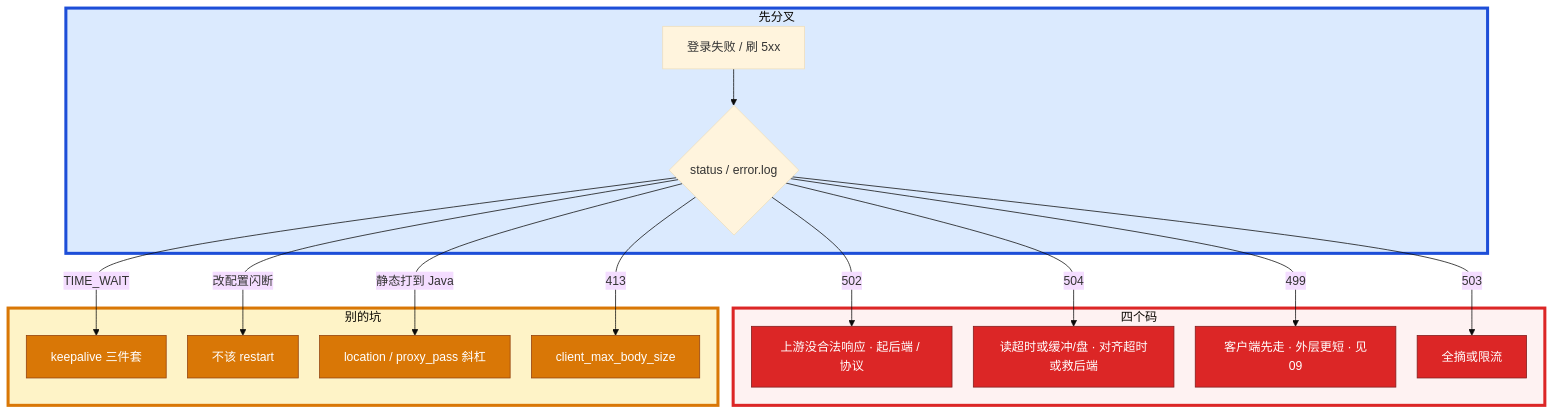
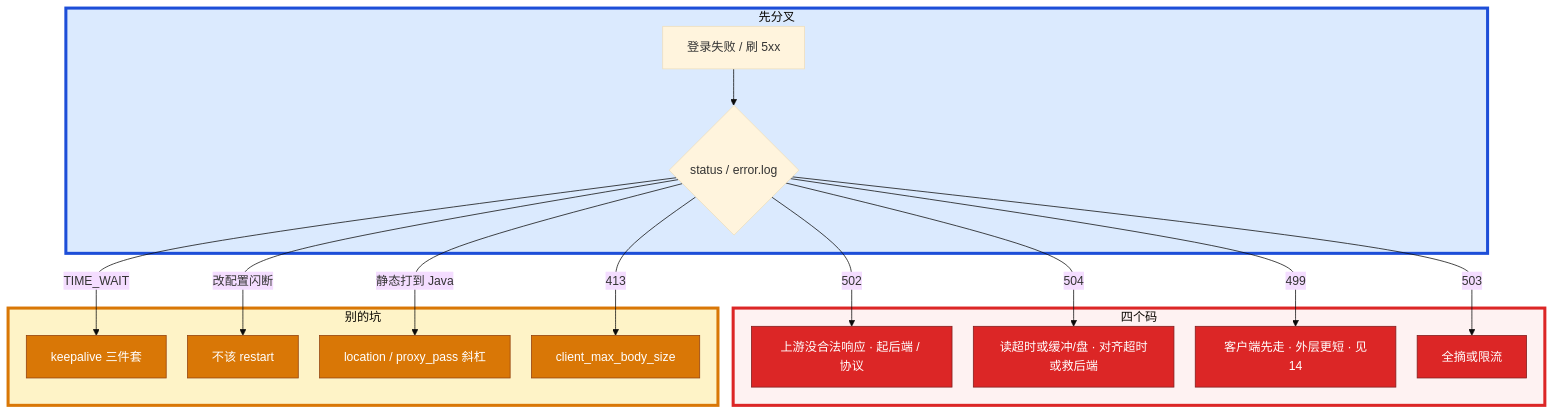
Before and after one commit to ml-cuizijun/LearnToLilith: the fifth of 5 diagrams in 01-基础底座/19-Nginx/知识点.md, drawn with Mermaid. The commit also changed other lines of this file and 56 other files, not shown here.

````diff
--- a/01-基础底座/19-Nginx/知识点.md
+++ b/01-基础底座/19-Nginx/知识点.md
@@ -982,30 +982,30 @@
 ```mermaid
 %%{init: {"flowchart": {"padding": 16, "nodeSpacing": 28, "rankSpacing": 48}, "theme": "base"}}%%
 flowchart TB
     subgraph gate ["先分叉"]
         A[登录失败 / 刷 5xx] --> B{status / error.log}
     end
 
     subgraph codes ["四个码"]
         B -->|502| C[上游没合法响应 · 起后端 / 协议]
         B -->|504| D[读超时或缓冲/盘 · 对齐超时或救后端]
-        B -->|499| E[客户端先走 · 外层更短 · 见09]
+        B -->|499| E[客户端先走 · 外层更短 · 见14]
         B -->|503| F[全摘或限流]
     end
 
     subgraph other ["别的坑"]
         B -->|TIME_WAIT| G[keepalive 三件套]
         B -->|改配置闪断| H[不该 restart]
         B -->|静态打到 Java| I[location / proxy_pass 斜杠]
         B -->|413| J[client_max_body_size]
     end
 
     classDef bad fill:#DC2626,stroke:#7F1D1D,color:#fff
     classDef warn fill:#D97706,stroke:#92400E,color:#fff
     class C,D,E,F bad
     class G,H,I,J warn
 
     style gate fill:#DBEAFE,stroke:#1D4ED8,stroke-width:4px
     style codes fill:#FEF2F2,stroke:#DC2626,stroke-width:4px
     style other fill:#FEF3C7,stroke:#D97706,stroke-width:4px
 ```
````
